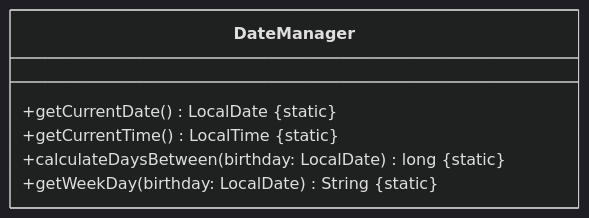
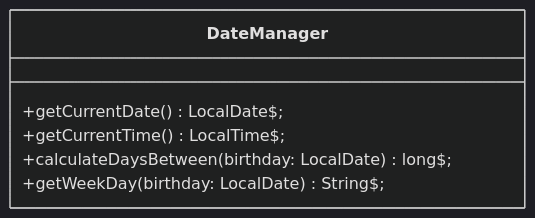
Before and after one commit to wielandjan/java_helloWorld_1: the first of 4 diagrams in scr/exercises/Programmieren1/SampleExam/ReadMe.md, drawn with Mermaid (dark theme).

Commit message:
modified:   scr/exercises/Programmieren1/SampleExam/ReadMe.md

````diff
--- a/scr/exercises/Programmieren1/SampleExam/ReadMe.md
+++ b/scr/exercises/Programmieren1/SampleExam/ReadMe.md
@@ -53,9 +53,9 @@
 ```mermaid
 classDiagram
     class DateManager {
-        +getCurrentDate() LocalDate #123;static#125;
-        +getCurrentTime() LocalTime #123;static#125;
-        +calculateDaysBetween(birthday: LocalDate) long #123;static#125;
-        +getWeekDay(birthday: LocalDate) String #123;static#125;
+        +getCurrentDate() LocalDate$;
+        +getCurrentTime() LocalTime$;
+        +calculateDaysBetween(birthday: LocalDate) long$;
+        +getWeekDay(birthday: LocalDate) String$;
     }
 ```
````
